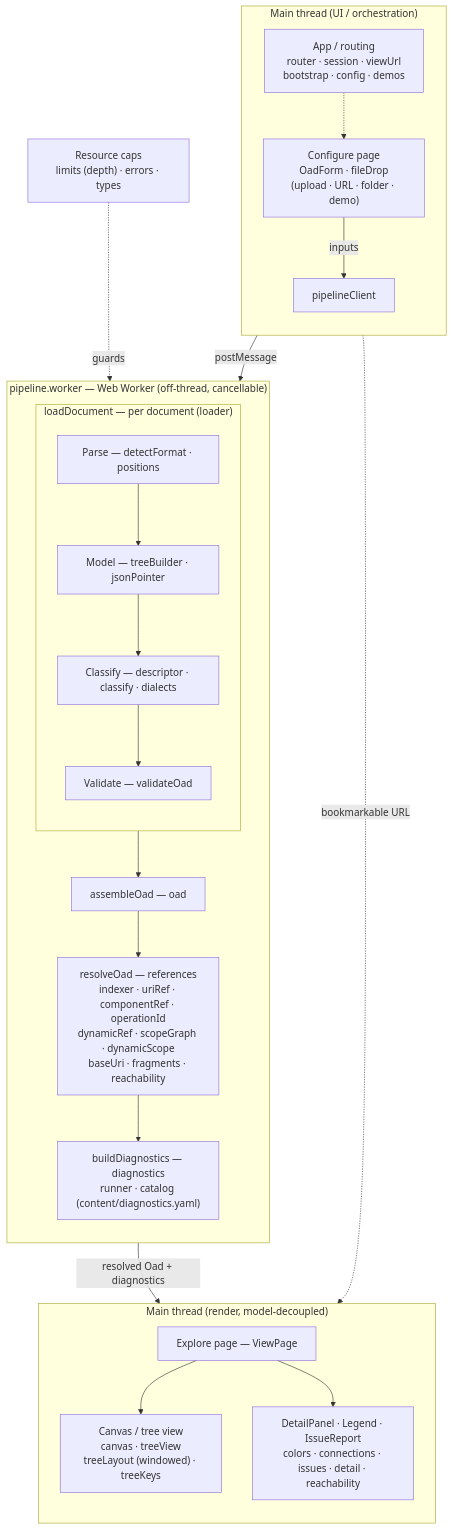
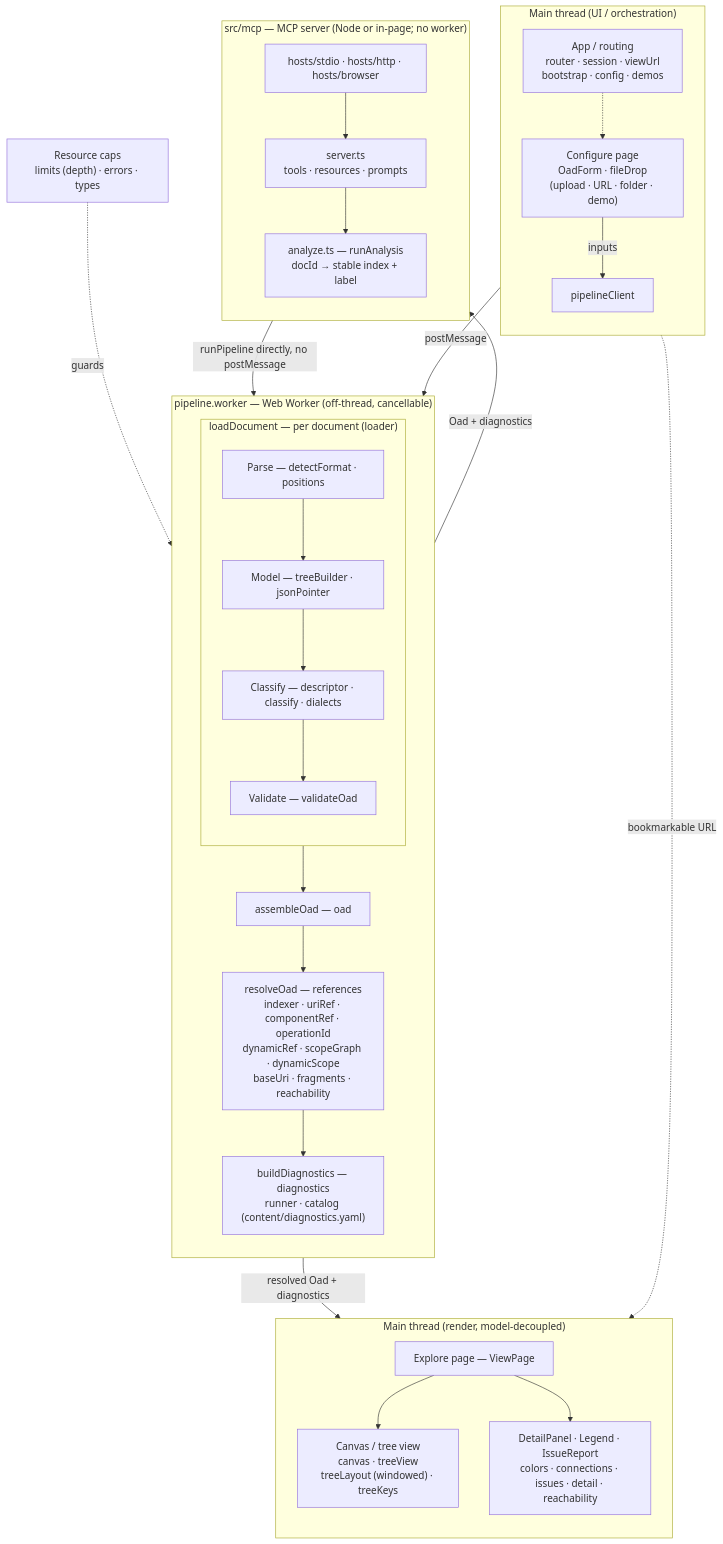
One commit to handrews/oas-tree-viewer changed the diagram in docs/architecture.md. Above: the diagram before and after it, drawn with Mermaid. The commit also changed other lines of this file and 5 other files, not shown here.

First line of the commit message:
docs(mcp): document the demo MCP server, and build it in CI

````diff
--- a/docs/architecture.md
+++ b/docs/architecture.md
@@ -14,43 +14,53 @@
 ```mermaid
 flowchart TD
     subgraph mainIn["Main thread (UI / orchestration)"]
         direction TB
         cfg["Configure page<br/>OadForm · fileDrop<br/>(upload · URL · folder · demo)"]
         client["pipelineClient"]
         routing["App / routing<br/>router · session · viewUrl<br/>bootstrap · config · demos"]
     end
 
     subgraph wk["pipeline.worker — Web Worker (off-thread, cancellable)"]
         direction TB
         subgraph load["loadDocument — per document (loader)"]
             direction TB
             parse["Parse — detectFormat · positions"]
             model["Model — treeBuilder · jsonPointer"]
             classify["Classify — descriptor · classify · dialects"]
             validate["Validate — validateOad"]
             parse --> model --> classify --> validate
         end
         assemble["assembleOad — oad"]
         refs["resolveOad — references<br/>indexer · uriRef · componentRef · operationId<br/>dynamicRef · scopeGraph · dynamicScope<br/>baseUri · fragments · reachability"]
         diag["buildDiagnostics — diagnostics<br/>runner · catalog (content/diagnostics.yaml)"]
         load --> assemble --> refs --> diag
     end
 
     subgraph mainOut["Main thread (render, model-decoupled)"]
         direction TB
         view["Explore page — ViewPage"]
         canvas["Canvas / tree view<br/>canvas · treeView<br/>treeLayout (windowed) · treeKeys"]
         panels["DetailPanel · Legend · IssueReport<br/>colors · connections · issues · detail · reachability"]
         view --> canvas
         view --> panels
     end
 
     limits["Resource caps<br/>limits (depth) · errors · types"]
 
+    subgraph mcp["src/mcp — MCP server (Node or in-page; no worker)"]
+        direction TB
+        mcpHosts["hosts/stdio · hosts/http · hosts/browser"]
+        mcpServer["server.ts<br/>tools · resources · prompts"]
+        mcpAnalyze["analyze.ts — runAnalysis<br/>docId → stable index + label"]
+        mcpHosts --> mcpServer --> mcpAnalyze
+    end
+
     cfg -->|inputs| client
     client -->|postMessage| load
     diag -->|resolved Oad + diagnostics| view
+    diag -->|Oad + diagnostics| mcpAnalyze
+    mcpAnalyze -->|runPipeline directly, no postMessage| load
     routing -. bookmarkable URL .-> view
     routing -.-> cfg
     limits -. guards .-> load
 ```
````
